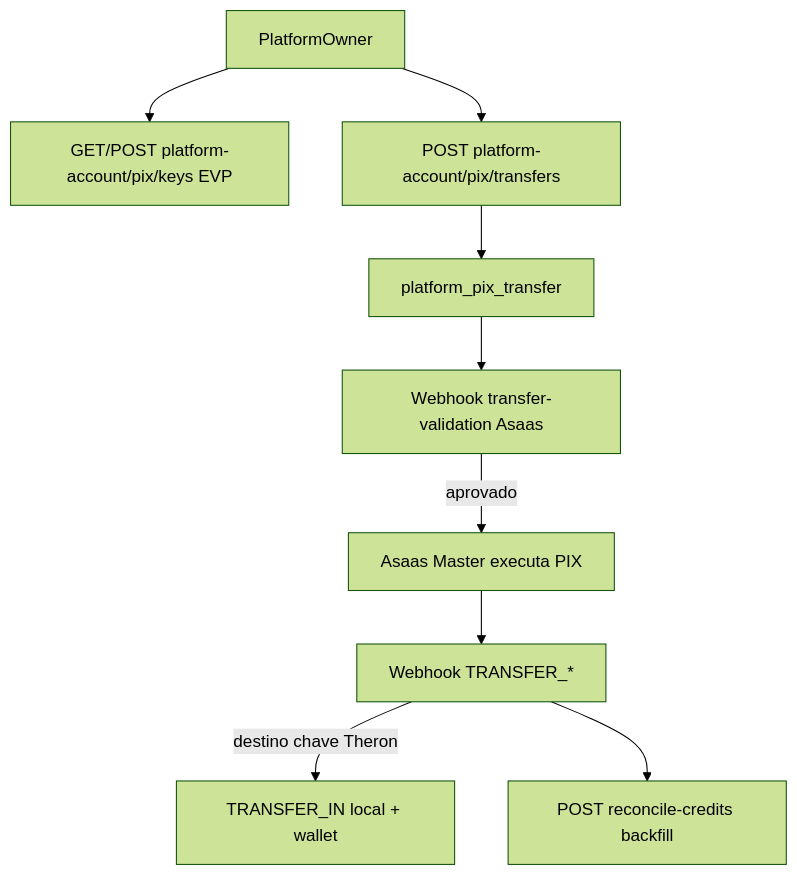
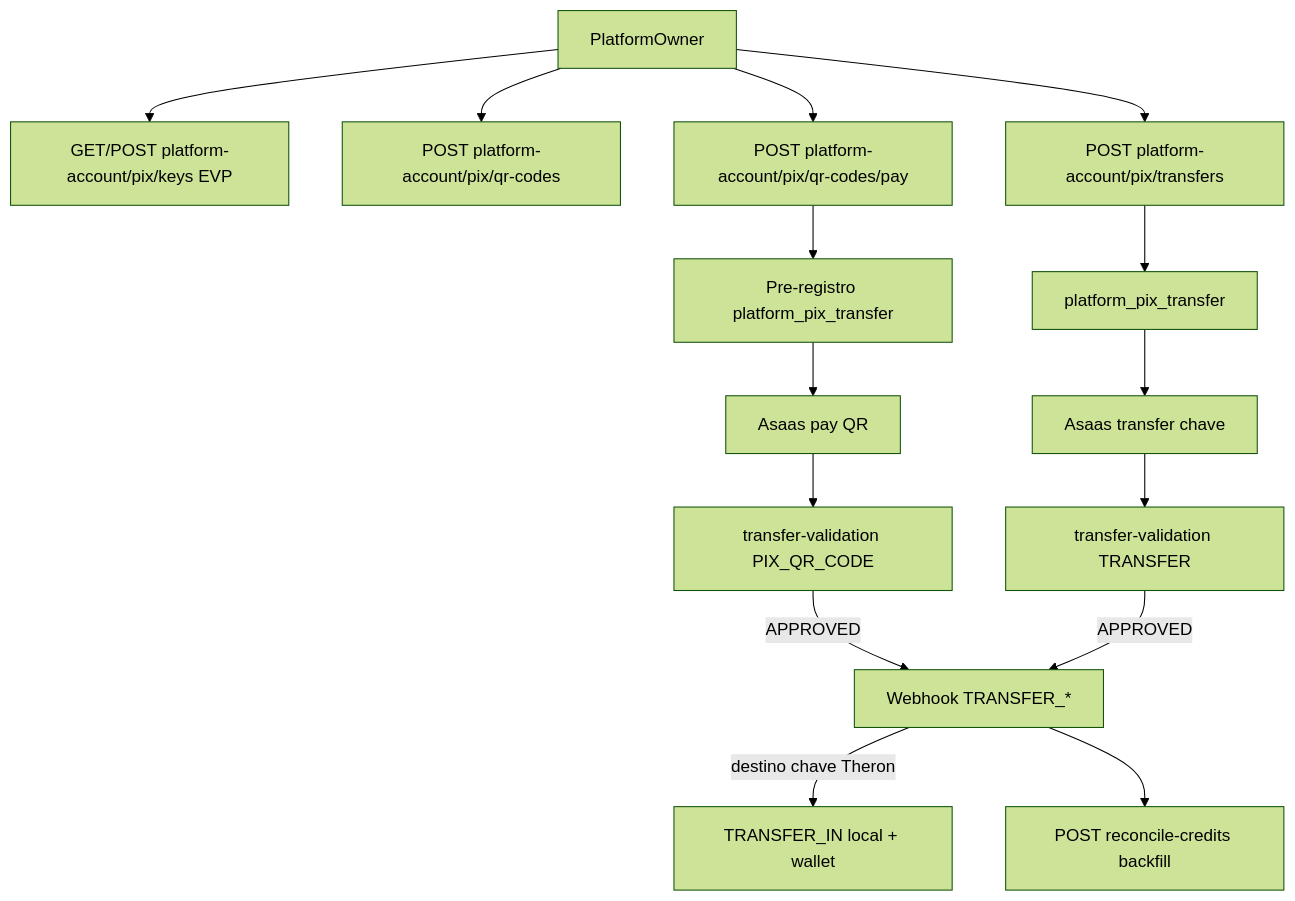
The seventh of 10 diagrams in docs/FLUXOGRAMA.md (theron-group-tech/theron-wallet-backend), drawn with Mermaid (forest theme) before and after one commit. The commit also changed other lines of this file and 14 other files, not shown here.

First line of the commit message:
feat: add subaccount PIX QR pay with transfer-validation approval

````diff
--- a/docs/FLUXOGRAMA.md
+++ b/docs/FLUXOGRAMA.md
@@ -181,11 +181,17 @@
 ```mermaid
 flowchart TD
   ADMIN[PlatformOwner] --> KEYS[GET/POST platform-account/pix/keys EVP]
+  ADMIN --> QRGEN[POST platform-account/pix/qr-codes]
+  ADMIN --> QRPAY[POST platform-account/pix/qr-codes/pay]
   ADMIN --> SEND[POST platform-account/pix/transfers]
+  QRPAY --> PREREG[Pre-registro platform_pix_transfer]
   SEND --> PERSIST[platform_pix_transfer]
-  PERSIST --> VALID[Webhook transfer-validation Asaas]
-  VALID -->|aprovado| ASAAS_M[Asaas Master executa PIX]
-  ASAAS_M --> WH[Webhook TRANSFER_*]
+  PREREG --> ASAAS_PAY[Asaas pay QR]
+  PERSIST --> ASAAS_TRF[Asaas transfer chave]
+  ASAAS_PAY --> VAL_QR["transfer-validation PIX_QR_CODE"]
+  ASAAS_TRF --> VAL_TRF["transfer-validation TRANSFER"]
+  VAL_QR -->|APPROVED| WH[Webhook TRANSFER_*]
+  VAL_TRF -->|APPROVED| WH
   WH -->|destino chave Theron| CREDIT[TRANSFER_IN local + wallet]
   WH --> RECON[POST reconcile-credits backfill]
 ```
````
